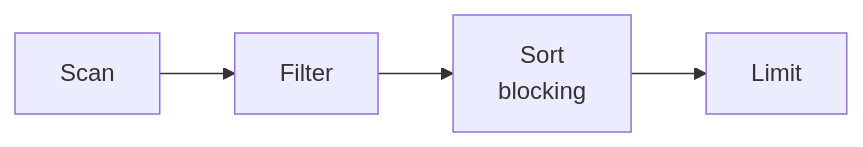
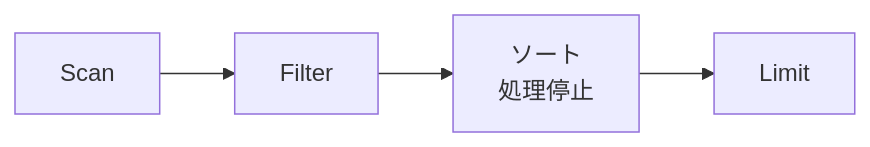
Before and after one commit to hirunebot/database-systems-book: the fifth of 7 diagrams in src/content/docs/03-query-processing/07-physical-execution.md, drawn with Mermaid. The commit also changed other lines of this file and 42 other files, not shown here.

````diff
--- a/src/content/docs/03-query-processing/07-physical-execution.md
+++ b/src/content/docs/03-query-processing/07-physical-execution.md
@@ -189,4 +189,4 @@
 ```mermaid
 flowchart LR
-    Scan --> Filter --> Sort["Sort<br/>blocking"] --> Limit
+    Scan --> Filter --> Sort["ソート<br/>処理停止"] --> Limit
 ```
````
